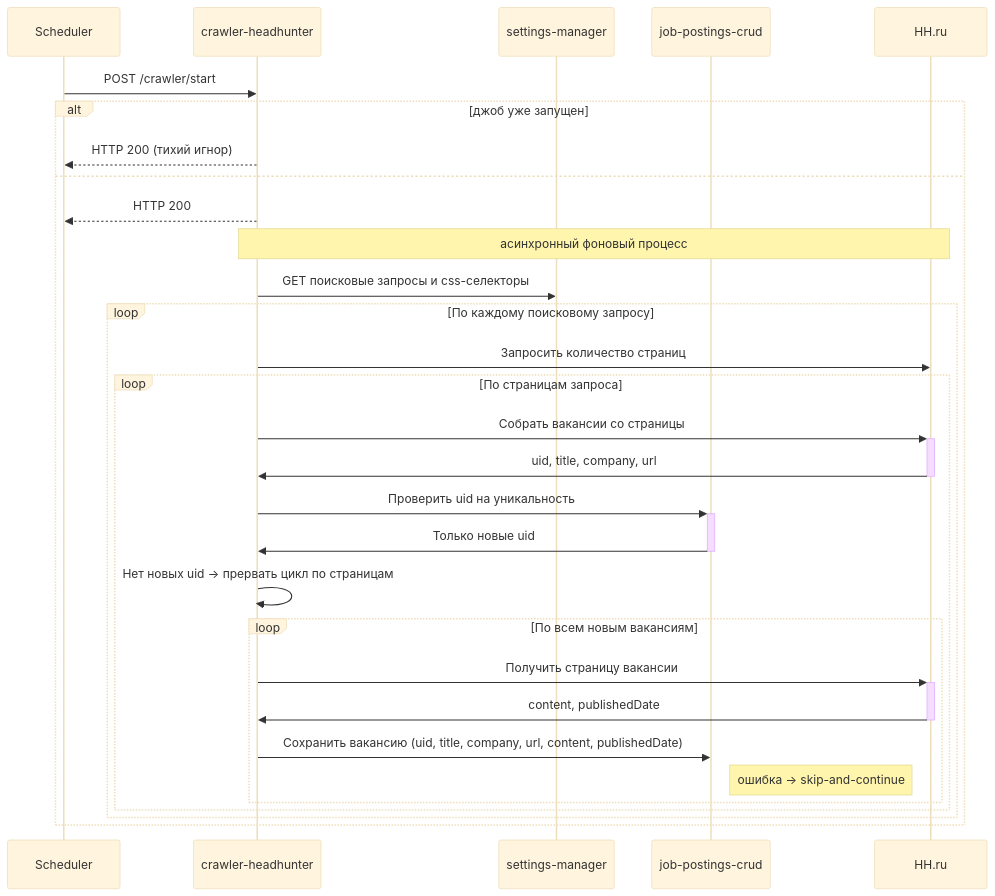
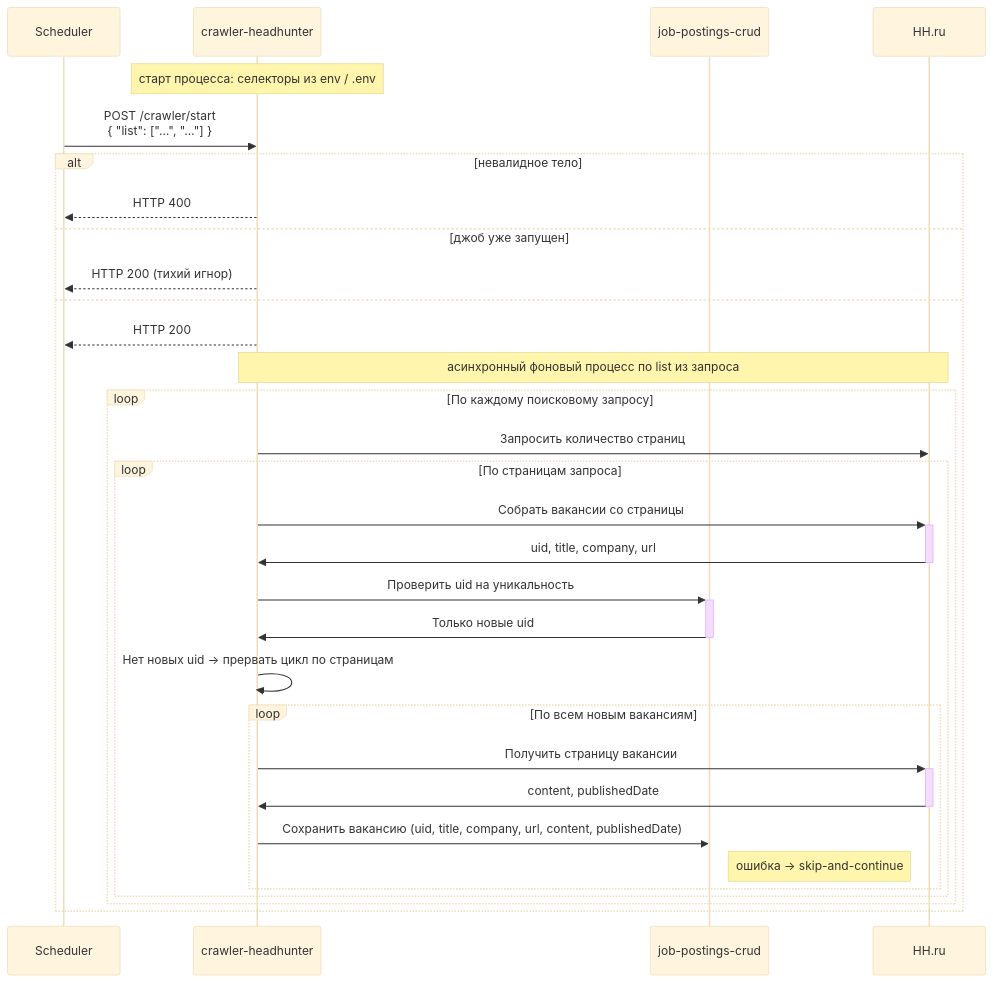
The diagram in services/crawler-headhunter/readme.md (joposcragent/specifications), drawn with Mermaid (base theme) before and after one commit. The commit also changed other lines of this file and 10 other files, not shown here.

````diff
--- a/services/crawler-headhunter/readme.md
+++ b/services/crawler-headhunter/readme.md
@@ -45,37 +51,39 @@
 ```mermaid
 sequenceDiagram
     participant Scheduler
     participant Crawler as crawler-headhunter
-    participant Settings as settings-manager
     participant Postings as job-postings-crud
     participant HH as HH.ru
 
-    Scheduler->>Crawler: POST /crawler/start
+    Note over Crawler: старт процесса: селекторы из env / .env
 
-    alt джоб уже запущен
+    Scheduler->>Crawler: POST /crawler/start<br/>{ "list": ["…", "…"] }
+
+    alt невалидное тело
+        Crawler-->>Scheduler: HTTP 400
+    else джоб уже запущен
         Crawler-->>Scheduler: HTTP 200 (тихий игнор)
     else
         Crawler-->>Scheduler: HTTP 200
-        Note over Crawler,HH: асинхронный фоновый процесс
-        Crawler->>Settings: GET поисковые запросы и css-селекторы
+        Note over Crawler,HH: асинхронный фоновый процесс по list из запроса
 
         loop По каждому поисковому запросу
             Crawler->>HH: Запросить количество страниц
 
             loop По страницам запроса
                 Crawler->>+HH: Собрать вакансии со страницы
                 HH->>-Crawler: uid, title, company, url
                 Crawler->>+Postings: Проверить uid на уникальность
                 Postings->>-Crawler: Только новые uid
                 Crawler->>Crawler: Нет новых uid → прервать цикл по страницам
 
                 loop По всем новым вакансиям
                     Crawler->>+HH: Получить страницу вакансии
                     HH->>-Crawler: content, publishedDate
                     Crawler->>Postings: Сохранить вакансию (uid, title, company, url, content, publishedDate)
                     Note right of Postings: ошибка → skip-and-continue
                 end
             end
         end
     end
 ```
````
